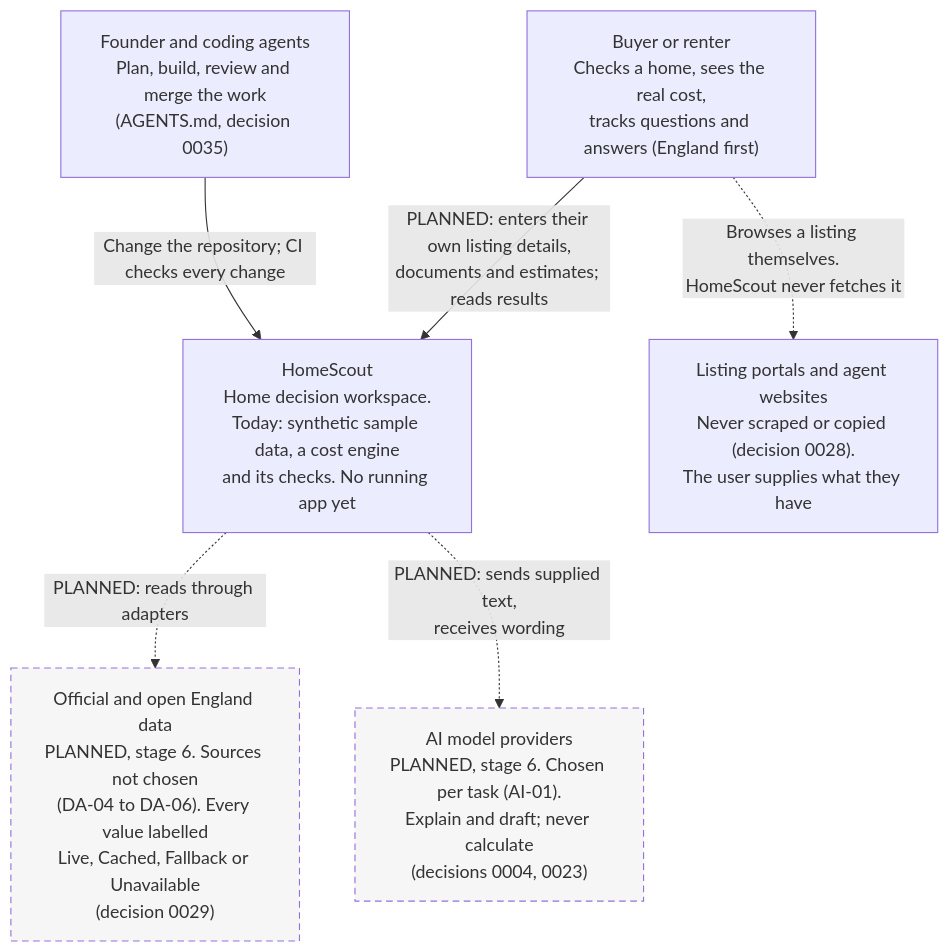
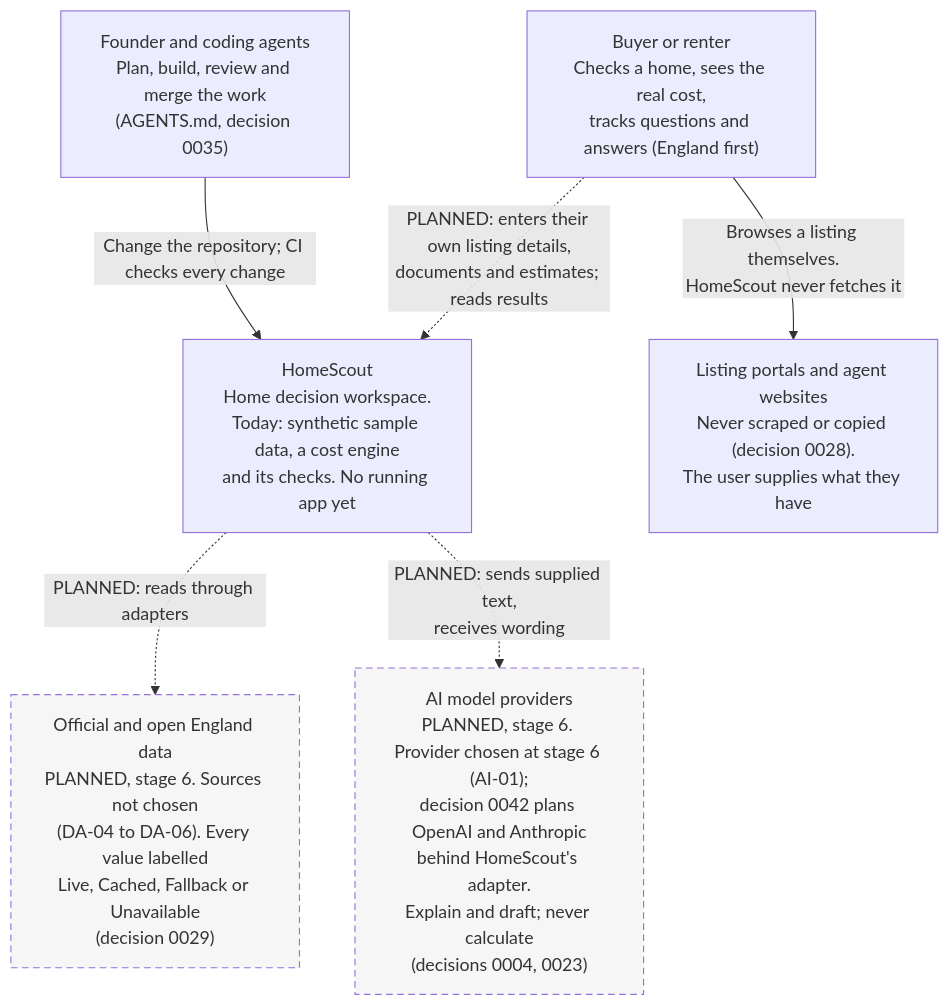
The first of 2 diagrams in docs/architecture/README.md (olaheavy-dev/homescout-platform), drawn with Mermaid before and after one commit. The commit also changed other lines of this file and 4 other files, not shown here.

Commit message:
docs: fix pre-push review findings (BE-27, gate wording, diagram legend) (part of #24)

````diff
--- a/docs/architecture/README.md
+++ b/docs/architecture/README.md
@@ -15,20 +15,20 @@
 ```mermaid
 flowchart TB
     user["Buyer or renter<br/>Checks a home, sees the real cost,<br/>tracks questions and answers (England first)"]
     builders["Founder and coding agents<br/>Plan, build, review and merge the work<br/>(AGENTS.md, decision 0035)"]
 
     homescout["HomeScout<br/>Home decision workspace.<br/>Today: synthetic sample data, a cost engine<br/>and its checks. No running app yet"]
 
     data["Official and open England data<br/>PLANNED, stage 6. Sources not chosen<br/>(DA-04 to DA-06). Every value labelled<br/>Live, Cached, Fallback or Unavailable<br/>(decision 0029)"]
-    models["AI model providers<br/>PLANNED, stage 6. Chosen per task (AI-01).<br/>Explain and draft; never calculate<br/>(decisions 0004, 0023)"]
+    models["AI model providers<br/>PLANNED, stage 6. Provider chosen at stage 6 (AI-01);<br/>decision 0042 plans OpenAI and Anthropic<br/>behind HomeScout's adapter.<br/>Explain and draft; never calculate<br/>(decisions 0004, 0023)"]
     portals["Listing portals and agent websites<br/>Never scraped or copied (decision 0028).<br/>The user supplies what they have"]
 
-    user -->|"PLANNED: enters their own listing details,<br/>documents and estimates; reads results"| homescout
+    user -.->|"PLANNED: enters their own listing details,<br/>documents and estimates; reads results"| homescout
     builders -->|"Change the repository; CI checks every change"| homescout
     homescout -.->|"PLANNED: reads through adapters"| data
     homescout -.->|"PLANNED: sends supplied text,<br/>receives wording"| models
-    user -.->|"Browses a listing themselves.<br/>HomeScout never fetches it"| portals
+    user -->|"Browses a listing themselves.<br/>HomeScout never fetches it"| portals
 
     classDef planned stroke-dasharray: 6 4,fill:#f6f6f6,color:#333
     class data,models planned
 ```
````
